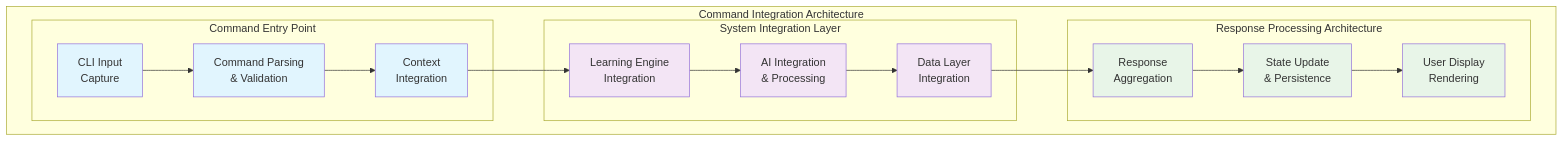
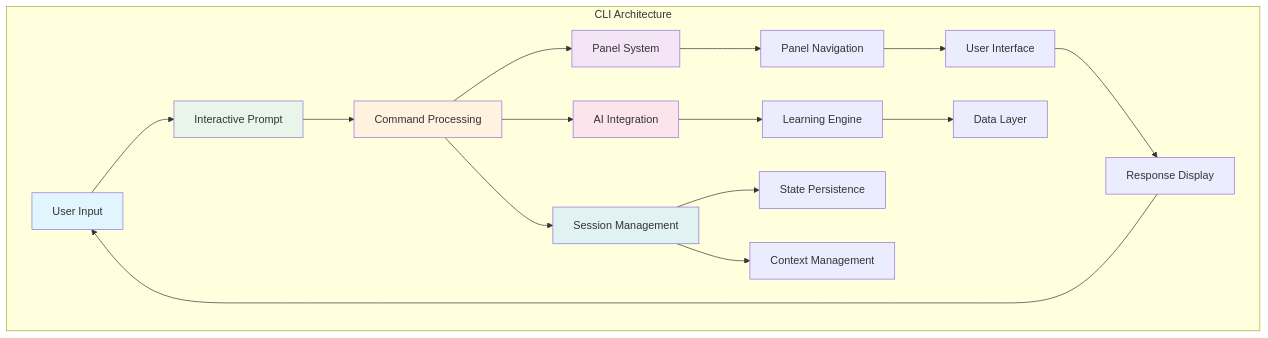
One commit to phona/learning-catalyst changed the diagram in docs/technical/system-architecture/cli-architecture.md. Above: the diagram before and after it, drawn with Mermaid. The commit also changed other lines of this file and 202 other files, not shown here.

````diff
--- a/docs/technical/system-architecture/cli-architecture.md
+++ b/docs/technical/system-architecture/cli-architecture.md
@@ -422,41 +16,30 @@
 ```mermaid
 graph TB
-    subgraph "Command Integration Architecture"
-        subgraph "Command Entry Point"
-            CI[CLI Input<br/>Capture]
-            CP[Command Parsing<br/>& Validation]
-            CX[Context<br/>Integration]
-        end
+    subgraph "CLI Architecture"
+        User[User Input] --> Prompt[Interactive Prompt]
 
-        subgraph "System Integration Layer"
-            LE[Learning Engine<br/>Integration]
-            AI[AI Integration<br/>& Processing]
-            DL[Data Layer<br/>Integration]
-        end
+        Prompt --> Commands[Command Processing]
+        Commands --> Panels[Panel System]
+        Commands --> AI[AI Integration]
+        Commands --> Session[Session Management]
 
-        subgraph "Response Processing Architecture"
-            RA[Response<br/>Aggregation]
-            SU[State Update<br/>& Persistence]
-            UR[User Display<br/>Rendering]
-        end
+        Panels --> Navigation[Panel Navigation]
+        Navigation --> UI[User Interface]
+
+        AI --> Learning[Learning Engine]
+        Learning --> Data[Data Layer]
+
+        Session --> State[State Persistence]
+        Session --> Context[Context Management]
+
+        UI --> Output[Response Display]
+        Output --> User
     end
 
-    CI --> CP
-    CP --> CX
-    CX --> LE
-    LE --> AI
-    AI --> DL
-    DL --> RA
-    RA --> SU
-    SU --> UR
-
-    style CI fill:#e1f5fe
-    style CP fill:#e1f5fe
-    style CX fill:#e1f5fe
-    style LE fill:#f3e5f5
-    style AI fill:#f3e5f5
-    style DL fill:#f3e5f5
-    style RA fill:#e8f5e8
-    style SU fill:#e8f5e8
-    style UR fill:#e8f5e8
+    style User fill:#e1f5fe
+    style Prompt fill:#e8f5e8
+    style Commands fill:#fff3e0
+    style Panels fill:#f3e5f5
+    style AI fill:#fce4ec
+    style Session fill:#e0f2f1
 ```
````
